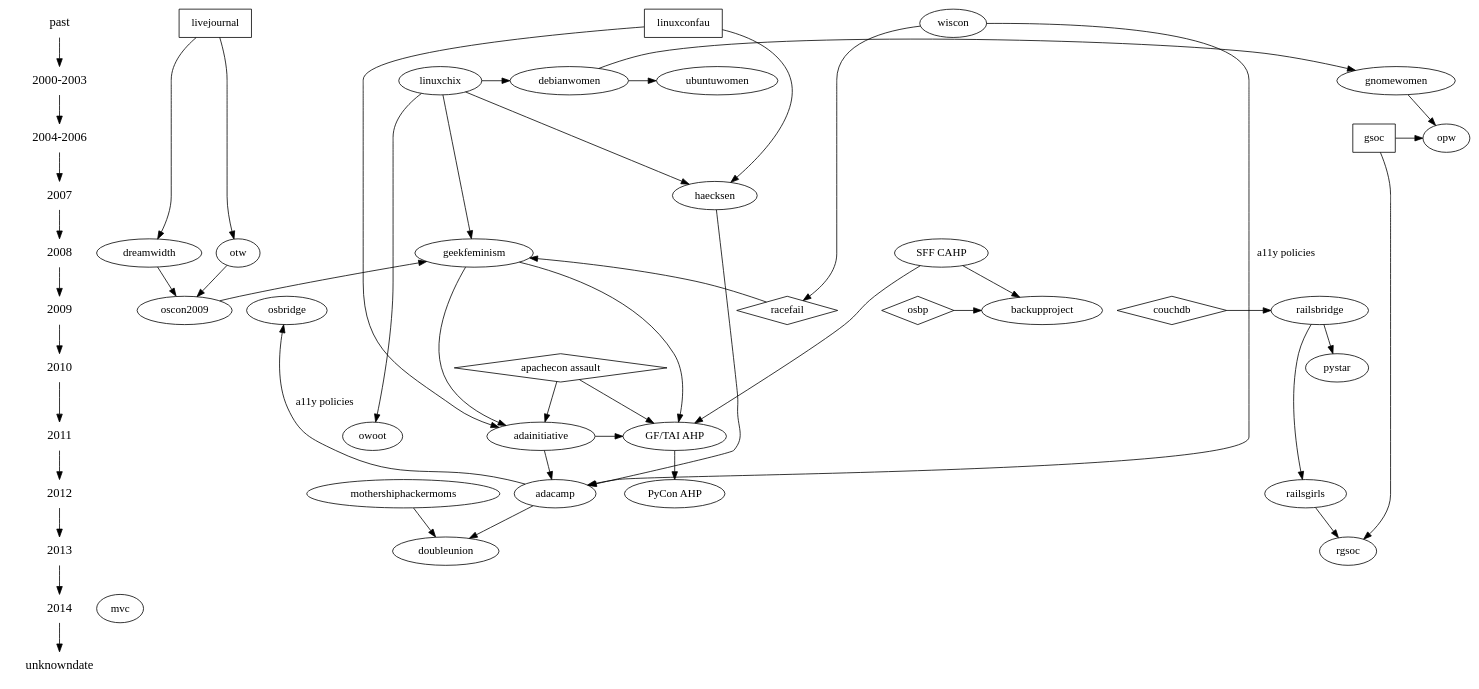
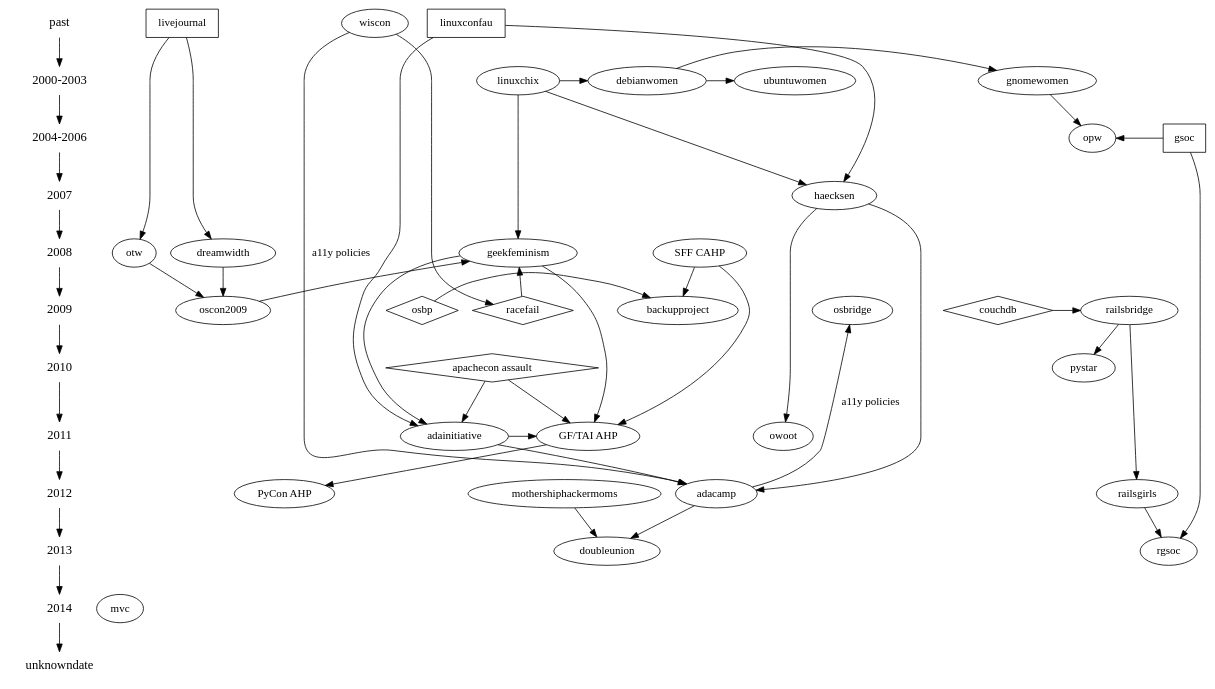
Before and after one commit to brainwane/gf-family-tree: the diagram in gfft.dot, drawn with Graphviz.

Commit message:
Change the ancestor of owoot to haecksen, haecksen's success made it AussieChix/OWOOT happen

```diff
--- a/gfft.dot
+++ b/gfft.dot
@@ -1,133 +1,133 @@
 digraph G {
 
   /*
      The following shapes are used for different types of things:
      oval = geek feminist/women-in-tech/etc organisation
      rectangle = orgs that aren't particularly feminist, but are influential
      diamond = event/incident (cf. GF wiki "Timeline of Incidents")
   */
 
   /*
      And this section lays out the history in terms of years.
   */
 
   {
     node [shape=plaintext, fontsize=16];
     past -> "2000-2003" -> "2004-2006" -> 2007 -> 2008 -> 2009 -> 2010 -> 2011 -> 2012 -> 2013 -> 2014 -> unknowndate;
   }
   { rank = same; past; livejournal; wiscon; linuxconfau}
   { rank = same; "2000-2003"; linuxchix; gnomewomen; ubuntuwomen; debianwomen; } /* roughly? */
   { rank = same; "2004-2006"; gsoc; opw;}
   { rank = same; 2007; haecksen; }
   { rank = same; 2008; "SFF CAHP"; geekfeminism; dreamwidth; otw; }
   { rank = same; 2009; oscon2009; racefail; couchdb; railsbridge; osbp; backupproject; osbridge; }
   { rank = same; 2010; "apachecon assault"; }
   { rank = same; 2011; adainitiative; "GF/TAI AHP"; owoot }
   { rank = same; 2012; adacamp; railsgirls; }
   { rank = same; 2013; doubleunion; rgsoc; }
   { rank = same; 2014; mvc }
   { rank = same; unknowndate; }
 
   /* Skud set up the GF wiki in 2008, mostly inspired by earlier "women
    * in open source" communities such as linuxchix */
   linuxchix -> geekfeminism;
 
   /* in 2009, Racefail introduced Skud and other GF wiki contributors to
    * a lot of new ideas */
   racefail -> geekfeminism;
   racefail [shape=diamond];
 
   /* in 2010, the Noirin Plunkett's assault at ApacheCon triggered
    * discussions about anti-harassment that would lead to the formation
    * of the Ada Initiative */
   "apachecon assault" -> adainitiative;
   "apachecon assault" [shape=diamond];
 
   /* GF (esp. volunteer burnout) was an influence on TAI */
   geekfeminism -> adainitiative;
 
   /* The first TAI discussions were held at LCA */
   linuxconfau -> adainitiative;
   linuxconfau [shape=rectangle];
 
   /* TAI wrote the first conf anti-harassment poilcy in response to the
    * apachecon assault */
   "apachecon assault" -> "GF/TAI AHP"
   "geekfeminism" -> "GF/TAI AHP"
   "adainitiative" -> "GF/TAI AHP"
 
   /* The Con Anti-Harassment Policy (out of SFF fandom) also inspired it */
   "SFF CAHP" -> "GF/TAI AHP"
 
   /* Vaguely related: Open Source Boob Project and Backup Project */
   osbp -> backupproject
   osbp [shape=diamond]
   "SFF CAHP" -> backupproject
 
   /* The GF/TAI AHP inspired the PyCon variant */
   "GF/TAI AHP" -> "PyCon AHP"
 
   adainitiative -> adacamp;
 
   /* Adacamp was inspired in some ways by Wiscon, eg. accessibility */
   wiscon -> adacamp [label="a11y policies"];
   /* and then open source bridge picked up some of that from adacamp */
   adacamp -> osbridge [label="a11y policies"];
 
   /* DoubleUnion came out of AdaCamp SF in 2012 */
   adacamp -> doubleunion;
   /* pretty sure mothership hackermoms was also an inspiration? */
   mothershiphackermoms -> doubleunion;
 
   /* Various early women-in-open-source mailing lists etc */
   linuxchix -> debianwomen;
   debianwomen -> ubuntuwomen;
   /* Direct ancestry, because Hanna Wallach did debianwomen first and
    * then GNOME Women, and was never a big participant in LinuxChix*/
   debianwomen -> gnomewomen;
-  linuxchix -> owoot;
+  haecksen -> owoot;
 
   /* Gnome Outreach Program for Women, now FOSS OPW */
   gnomewomen -> opw;
   /* "The Outreach Program for Women (OPW) was inspired by Google's
    * Summer of Code and by how few women applied for it."
    * via gnome.org/opw (why can't I include double slashes in a comment?)
    */
   gsoc -> opw;
   gsoc [shape=rectangle]
 
   /* LinuxChix inspired the Haecksen miniconf at LCA */
   linuxchix -> haecksen;
   linuxconfau -> haecksen;
 
   /* Both creations of Mary Gardiner's, one of the inputs to AdaCamp is
      what wasn't possible with Haecksen */
   haecksen -> adacamp;
 
   /* RailsBridge happened in response to the CouchDB incident at
    * GoGaRuCo */
   couchdb -> railsbridge;
   couchdb [shape=diamond];
   railsbridge -> pystar;
   railsbridge -> railsgirls;
 
   /* There's now a rails girls summer of code */
 
   railsgirls -> rgsoc;
   gsoc -> rgsoc;
 
   wiscon -> racefail;
 
   /* Livejournal (esp. their fail) inspired DW and OTW */
   livejournal -> dreamwidth;
   livejournal -> otw;
   livejournal [shape=rectangle]
 
   /* Dreamwidth and OTW inspired Skud's 2009 OSCON keynote */
   dreamwidth -> oscon2009;
   otw -> oscon2009;
 
   /* GF blog came out of the oscon2009 keynote, as a place to have
    * ongoing conversations */
   oscon2009 -> geekfeminism;
 }
```
